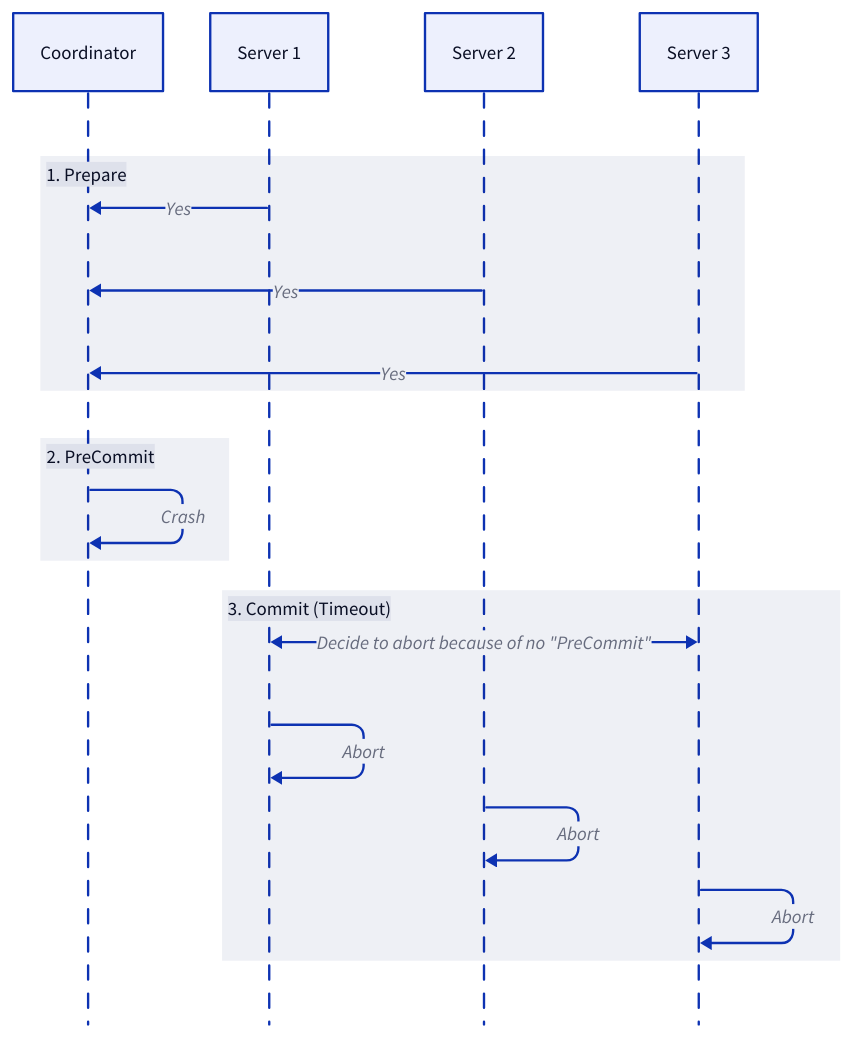
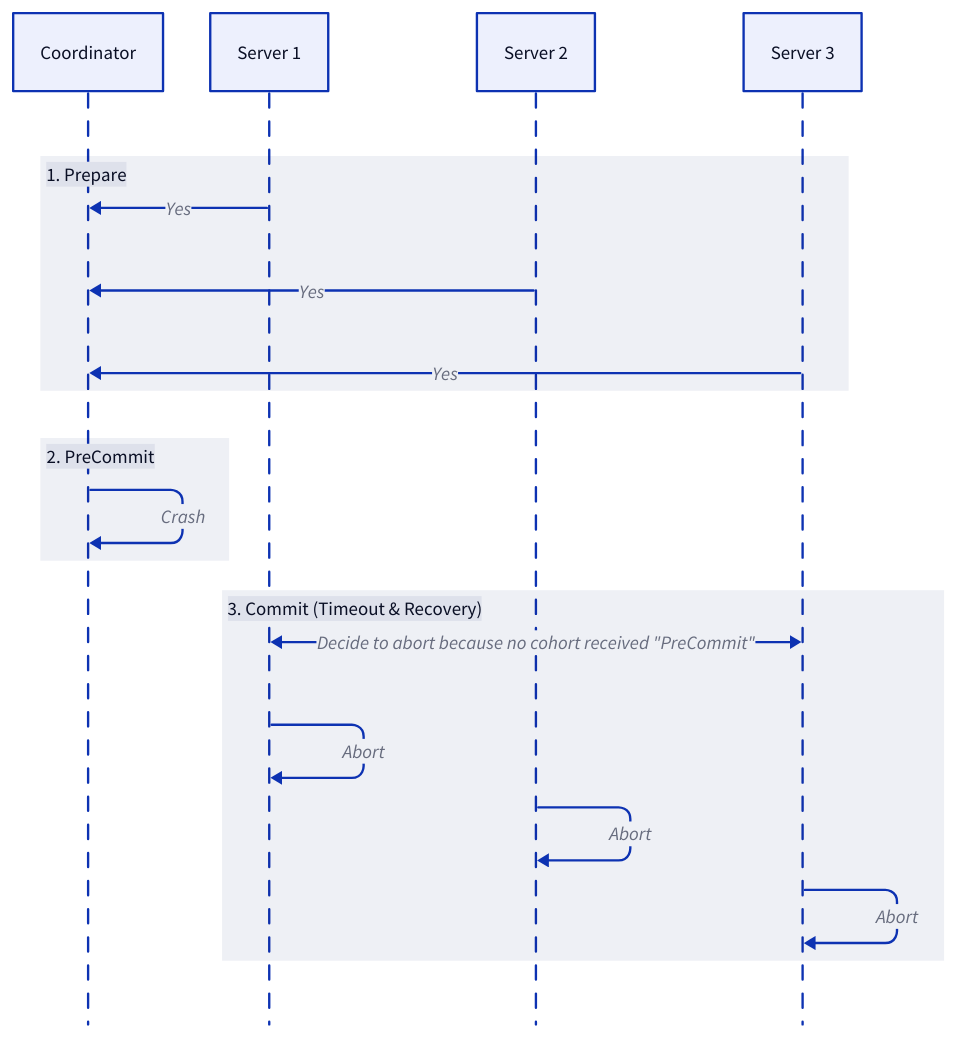
Before and after one commit to link1905/system-design-101: diagram 12 of 15 in content/docs/design-patterns/distributed-transaction/blocking-protocols.md, drawn with D2. The commit also changed other lines of this file and 11 other files, not shown here.

````diff
--- a/content/docs/design-patterns/distributed-transaction/blocking-protocols.md
+++ b/content/docs/design-patterns/distributed-transaction/blocking-protocols.md
@@ -364,31 +451,31 @@
 ```d2
 shape: sequence_diagram
 c: Coordinator {
     class: router
 }
 s1: Server 1 {
     class: server
 }
 s2: Server 2 {
     class: server
 }
 s3: Server 3 {
     class: server
 }
 "1. Prepare" {
     s1 -> c: "Yes"
     s2 -> c: "Yes"
     s3 -> c: "Yes"
 }
 "2. PreCommit" {
     c -> c: Crash {
         class: error-conn
     }
 }
-"3. Commit (Timeout)" {
-    s1 <-> s3: 'Decide to abort because of no "PreCommit"' 
+"3. Commit (Timeout & Recovery)" {
+    s1 <-> s3: 'Decide to abort because no cohort received "PreCommit"'
     s1 -> s1: Abort
     s2 -> s2: Abort
     s3 -> s3: Abort
 }
 ```
````
